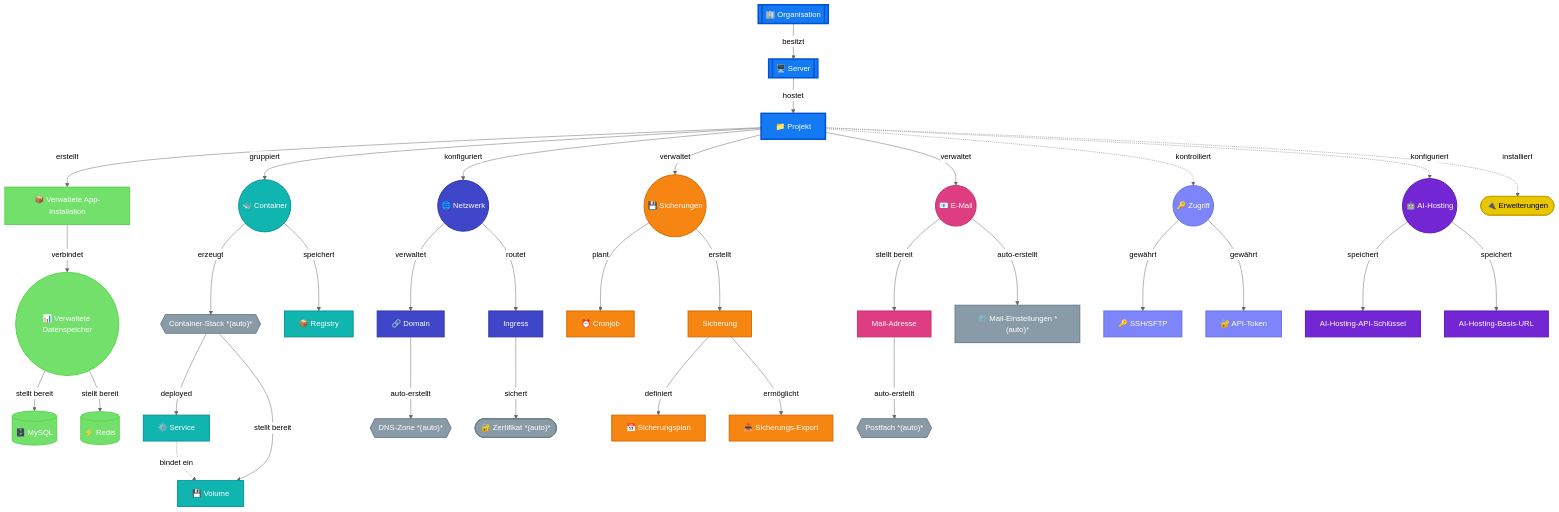
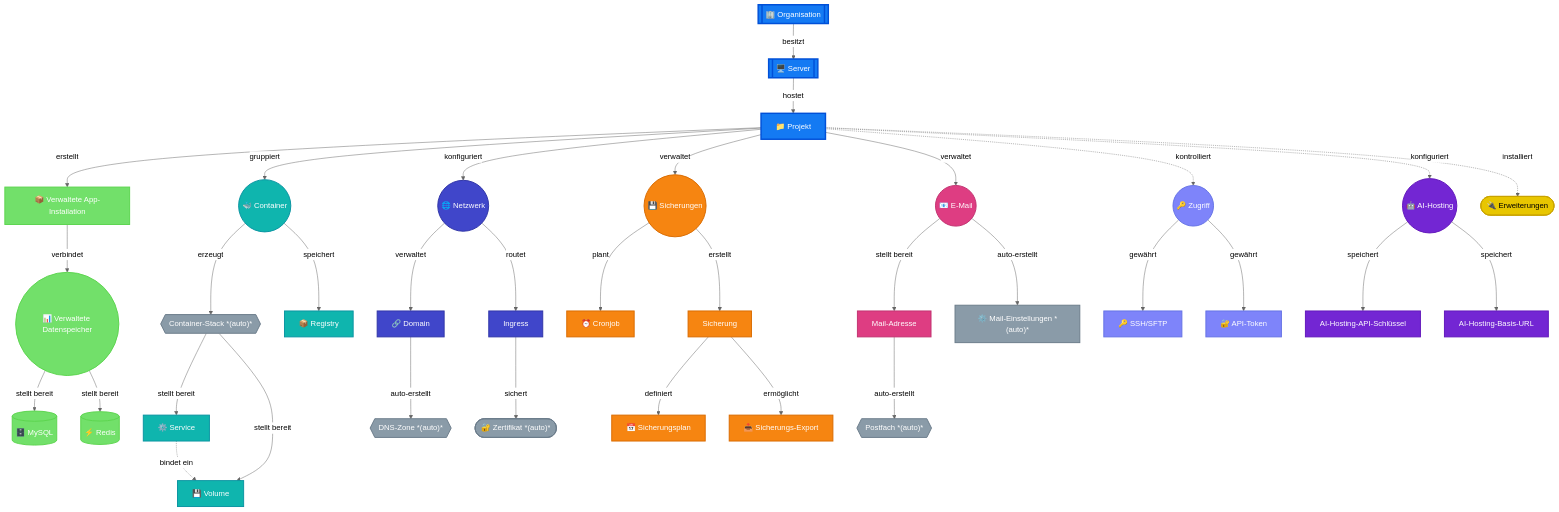
One commit to mittwald/developer-portal changed the second of 2 diagrams in i18n/de/docusaurus-plugin-content-docs/current/platform/overview.mdx. Above: the diagram before and after it, drawn with Mermaid (neutral theme). The commit also changed other lines of this file and 1 other file, not shown here.

```diff
--- a/i18n/de/docusaurus-plugin-content-docs/current/platform/overview.mdx
+++ b/i18n/de/docusaurus-plugin-content-docs/current/platform/overview.mdx
@@ -125,7 +125,7 @@
 
     CONTAINERS -->|erzeugt| STACK
     CONTAINERS -->|speichert| REGISTRY
-    STACK -->|deployed| SERVICE
+    STACK -->|stellt bereit| SERVICE
     STACK -->|stellt bereit| VOLUME
     SERVICE -.->|bindet ein| VOLUME
 
```
